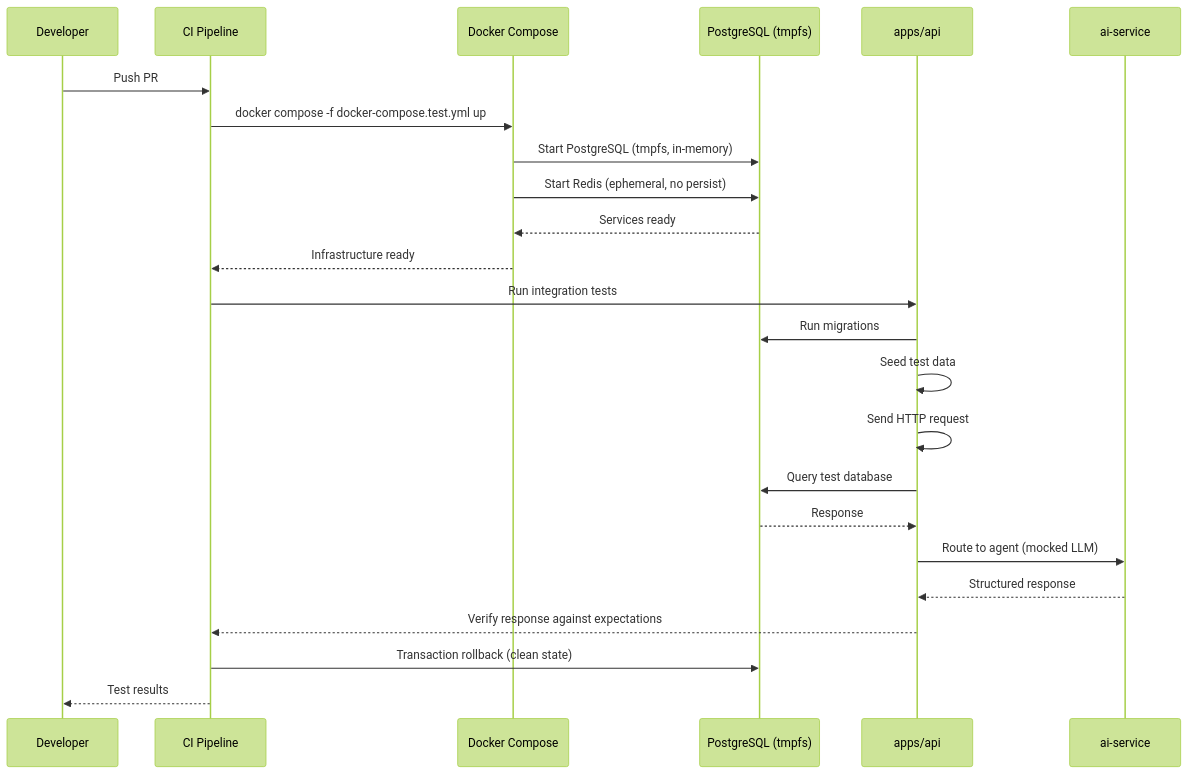
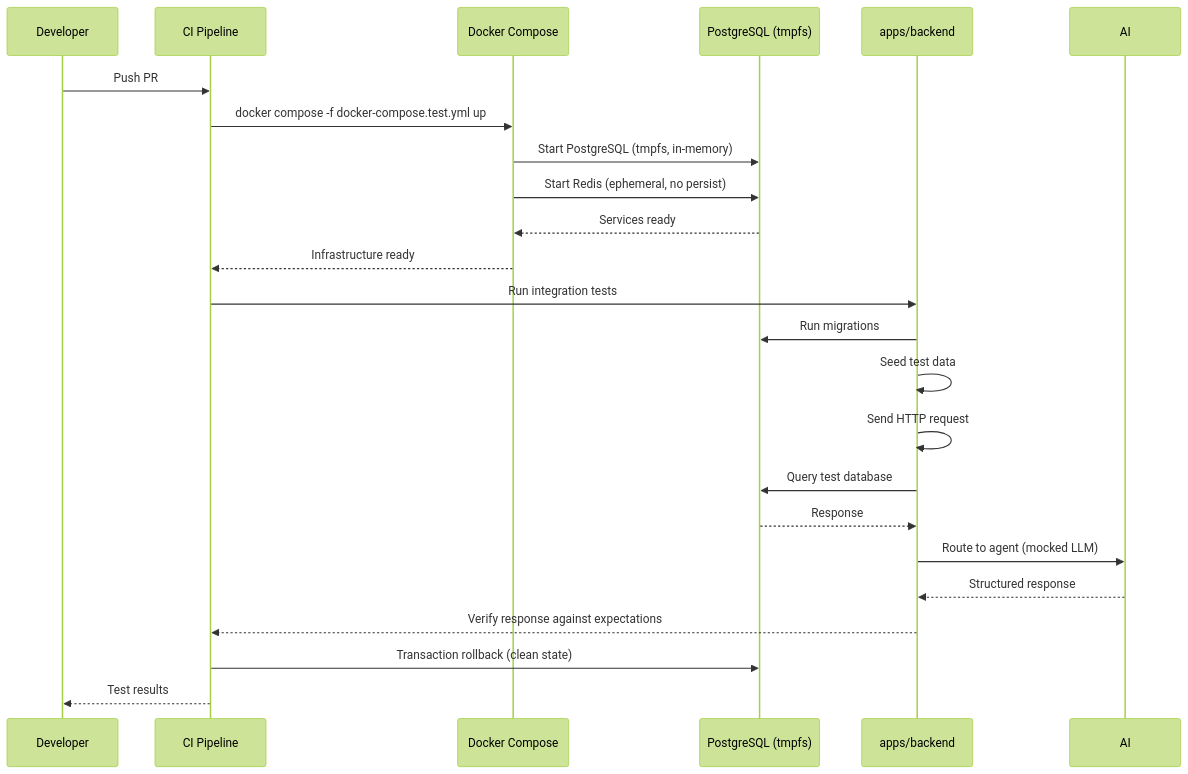
Before and after one commit to Driftloom/Vaeloom: the second of 2 diagrams in docs/testing/Integration-Testing.md, drawn with Mermaid (forest theme). The commit also changed other lines of this file and 159 other files, not shown here.

````diff
--- a/docs/testing/Integration-Testing.md
+++ b/docs/testing/Integration-Testing.md
@@ -248,27 +287,26 @@
 ```mermaid
 sequenceDiagram
     participant DEV as Developer
     participant CI as CI Pipeline
     participant DC as Docker Compose
     participant PG as PostgreSQL (tmpfs)
-    participant API as apps/api
-    participant AI as ai-service
+    participant API as apps/backend
 
     DEV->>CI: Push PR
     CI->>DC: docker compose -f docker-compose.test.yml up
     DC->>PG: Start PostgreSQL (tmpfs, in-memory)
     DC->>PG: Start Redis (ephemeral, no persist)
     PG-->>DC: Services ready
     DC-->>CI: Infrastructure ready
     CI->>API: Run integration tests
     API->>PG: Run migrations
     API->>API: Seed test data
     API->>API: Send HTTP request
     API->>PG: Query test database
     PG-->>API: Response
     API->>AI: Route to agent (mocked LLM)
     AI-->>API: Structured response
     API-->>CI: Verify response against expectations
     CI->>PG: Transaction rollback (clean state)
     CI-->>DEV: Test results
 ```
````
